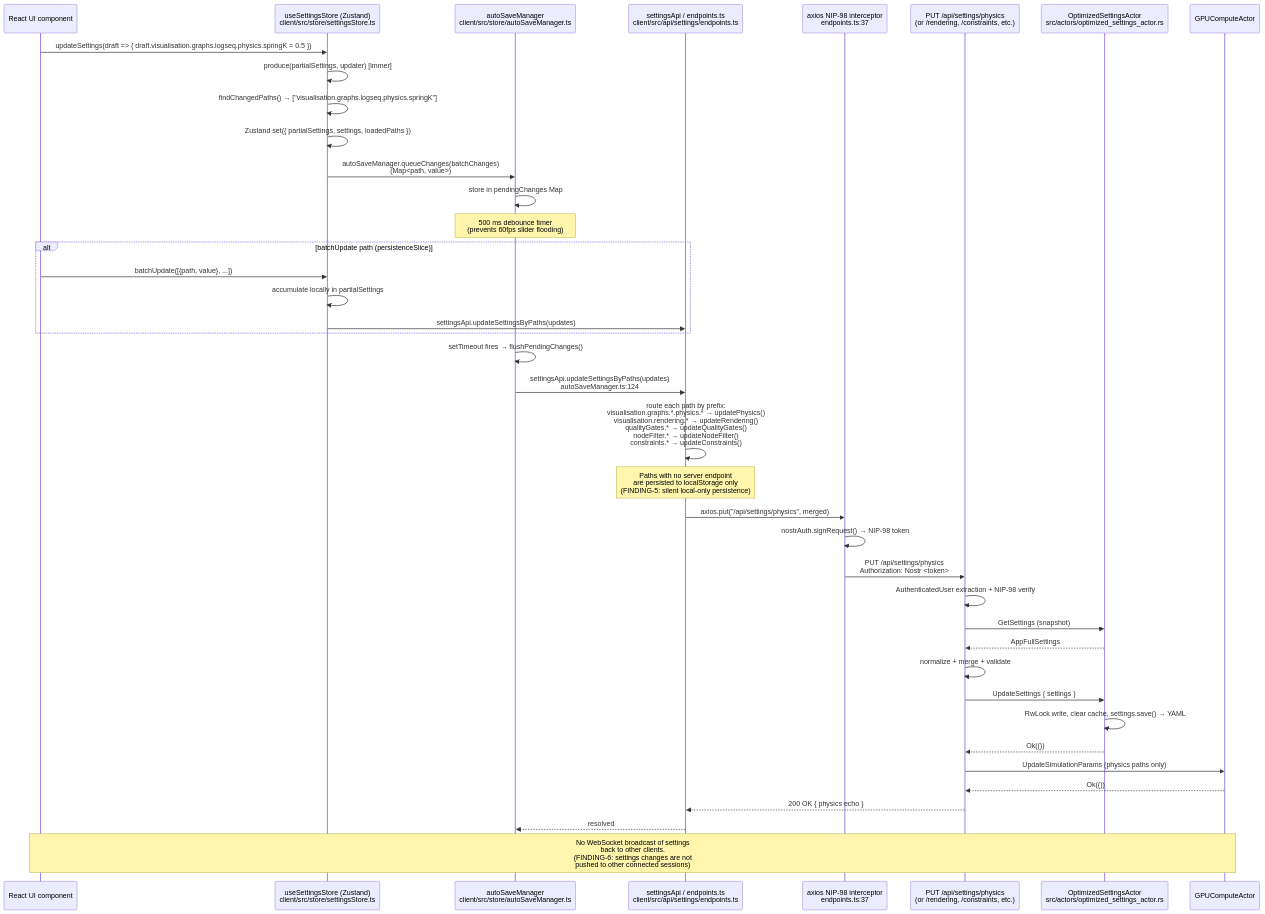
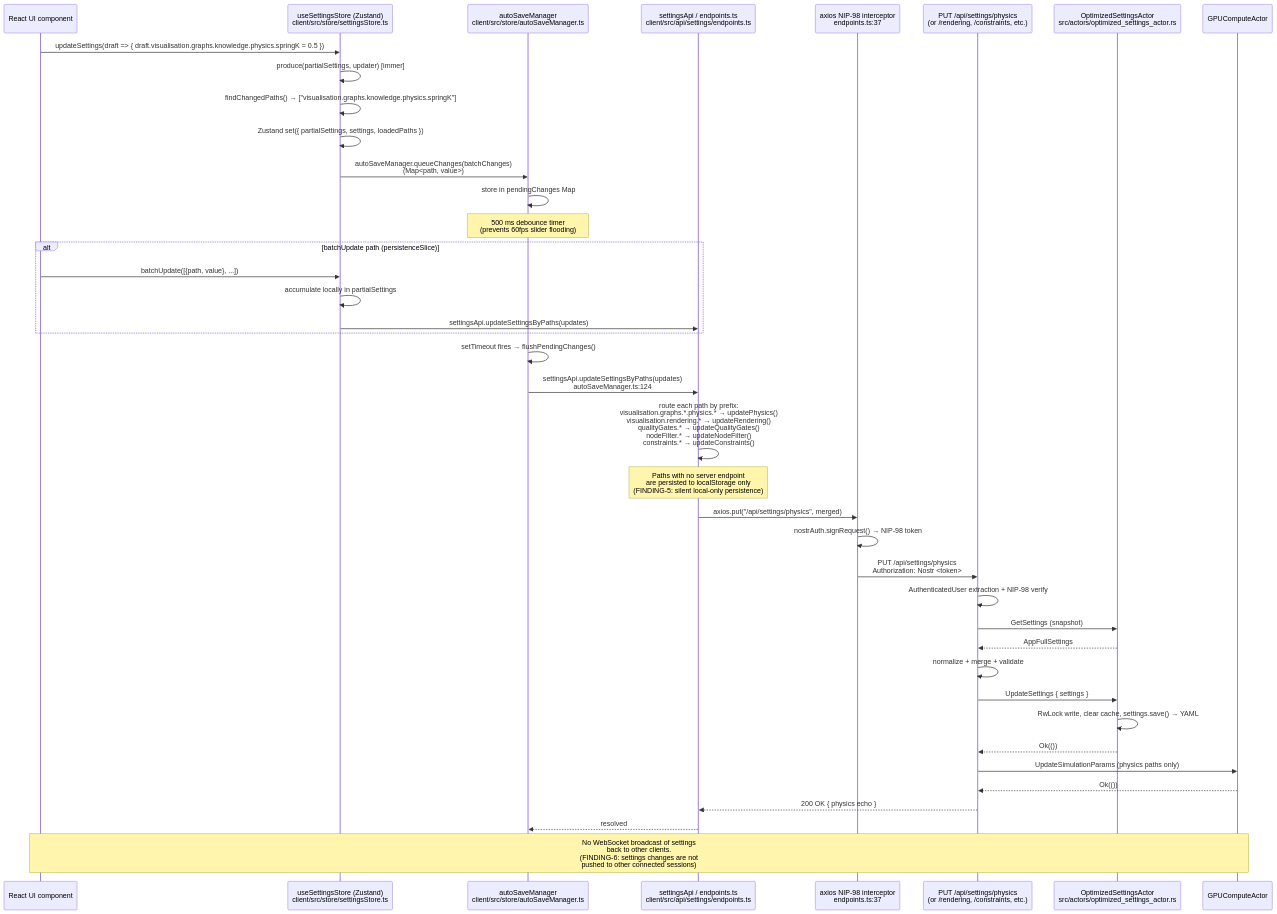
The fourth of 11 diagrams in docs/diagrams/interface-sequences.md (DreamLab-AI/AR-AI-Knowledge-Graph), drawn with Mermaid before and after one commit. The commit also changed 35 other files, not shown here.

````diff
--- a/docs/diagrams/interface-sequences.md
+++ b/docs/diagrams/interface-sequences.md
@@ -160,45 +160,45 @@
 ```mermaid
 sequenceDiagram
     participant UI as React UI component
     participant SS as useSettingsStore (Zustand)<br/>client/src/store/settingsStore.ts
     participant ASM as autoSaveManager<br/>client/src/store/autoSaveManager.ts
     participant API as settingsApi / endpoints.ts<br/>client/src/api/settings/endpoints.ts
     participant IC as axios NIP-98 interceptor<br/>endpoints.ts:37
     participant SRV as PUT /api/settings/physics<br/>(or /rendering, /constraints, etc.)
     participant SA as OptimizedSettingsActor<br/>src/actors/optimized_settings_actor.rs
     participant GPU as GPUComputeActor
 
-    UI->>SS: updateSettings(draft => { draft.visualisation.graphs.logseq.physics.springK = 0.5 })
+    UI->>SS: updateSettings(draft => { draft.visualisation.graphs.knowledge.physics.springK = 0.5 })
     SS->>SS: produce(partialSettings, updater) [immer]
-    SS->>SS: findChangedPaths() → ["visualisation.graphs.logseq.physics.springK"]
+    SS->>SS: findChangedPaths() → ["visualisation.graphs.knowledge.physics.springK"]
     SS->>SS: Zustand set({ partialSettings, settings, loadedPaths })
     SS->>ASM: autoSaveManager.queueChanges(batchChanges)<br/>(Map<path, value>)
     ASM->>ASM: store in pendingChanges Map
     Note over ASM: 500 ms debounce timer<br/>(prevents 60fps slider flooding)
 
     alt batchUpdate path (persistenceSlice)
         UI->>SS: batchUpdate([{path, value}, ...])
         SS->>SS: accumulate locally in partialSettings
         SS->>API: settingsApi.updateSettingsByPaths(updates)
     end
 
     ASM->>ASM: setTimeout fires → flushPendingChanges()
     ASM->>API: settingsApi.updateSettingsByPaths(updates)<br/>autoSaveManager.ts:124
     API->>API: route each path by prefix:<br/>visualisation.graphs.*.physics.* → updatePhysics()<br/>visualisation.rendering.* → updateRendering()<br/>qualityGates.* → updateQualityGates()<br/>nodeFilter.* → updateNodeFilter()<br/>constraints.* → updateConstraints()
     Note over API: Paths with no server endpoint<br/>are persisted to localStorage only<br/>(FINDING-5: silent local-only persistence)
     API->>IC: axios.put("/api/settings/physics", merged)
     IC->>IC: nostrAuth.signRequest() → NIP-98 token
     IC->>SRV: PUT /api/settings/physics<br/>Authorization: Nostr <token>
     SRV->>SRV: AuthenticatedUser extraction + NIP-98 verify
     SRV->>SA: GetSettings (snapshot)
     SA-->>SRV: AppFullSettings
     SRV->>SRV: normalize + merge + validate
     SRV->>SA: UpdateSettings { settings }
     SA->>SA: RwLock write, clear cache, settings.save() → YAML
     SA-->>SRV: Ok(())
     SRV->>GPU: UpdateSimulationParams (physics paths only)
     GPU-->>SRV: Ok(())
     SRV-->>API: 200 OK { physics echo }
     API-->>ASM: resolved
     Note over UI,GPU: No WebSocket broadcast of settings<br/>back to other clients.<br/>(FINDING-6: settings changes are not<br/>pushed to other connected sessions)
 ```
````
